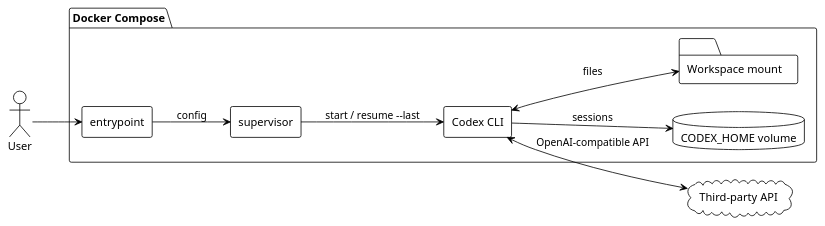
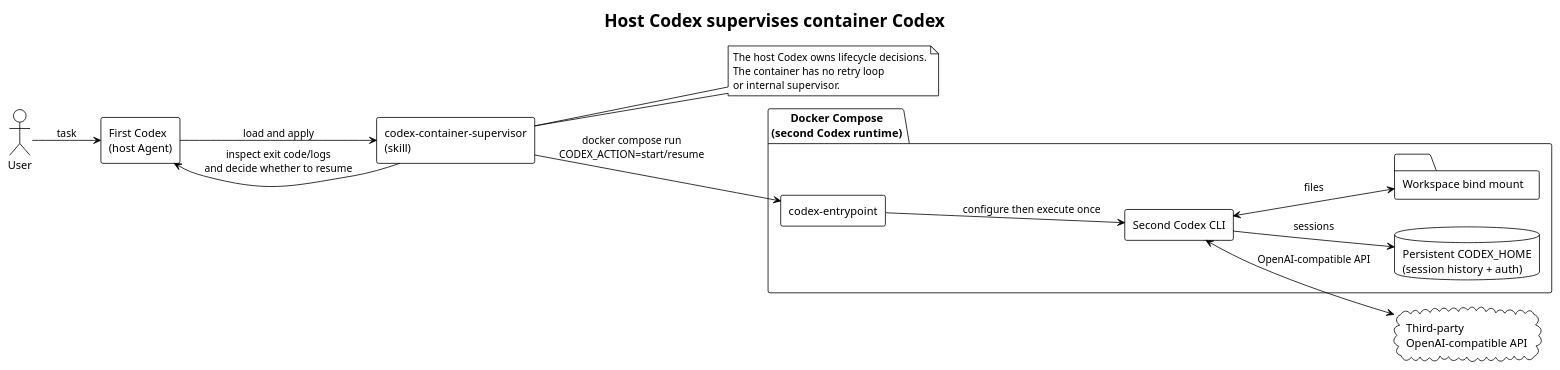
Before and after one commit to i-zrhe2016/codex-run-codex: the diagram in docs/architecture/overview.md, drawn with PlantUML. The commit also changed other lines of this file and 15 other files, not shown here.

Commit message:
feat(supervision): move Codex lifecycle control to host

````diff
--- a/docs/architecture/overview.md
+++ b/docs/architecture/overview.md
@@ -5,25 +7,38 @@
 ```plantuml
 @startuml
 !theme plain
 left to right direction
 skinparam componentStyle rectangle
 skinparam shadowing false
 
+title Host Codex supervises container Codex
+
 actor "User" as user
-package "Docker Compose" {
-  component "entrypoint" as entry
-  component "supervisor" as supervisor
-  component "Codex CLI" as codex
-  database "CODEX_HOME volume" as home
-  folder "Workspace mount" as workspace
+component "First Codex\n(host Agent)" as outer
+component "codex-container-supervisor\n(skill)" as skill
+
+package "Docker Compose\n(second Codex runtime)" {
+  component "codex-entrypoint" as entry
+  component "Second Codex CLI" as codex
+  database "Persistent CODEX_HOME\n(session history + auth)" as home
+  folder "Workspace bind mount" as workspace
 }
-cloud "Third-party API" as api
 
-user --> entry
-entry --> supervisor : config
-supervisor --> codex : start / resume --last
+cloud "Third-party\nOpenAI-compatible API" as api
+
+user --> outer : task
+outer --> skill : load and apply
+skill --> entry : docker compose run\nCODEX_ACTION=start/resume
+entry --> codex : configure then execute once
 codex <--> api : OpenAI-compatible API
 codex --> home : sessions
 codex <--> workspace : files
+skill --> outer : inspect exit code/logs\nand decide whether to resume
+
+note right of skill
+The host Codex owns lifecycle decisions.
+The container has no retry loop
+or internal supervisor.
+end note
 @enduml
 ```
````
